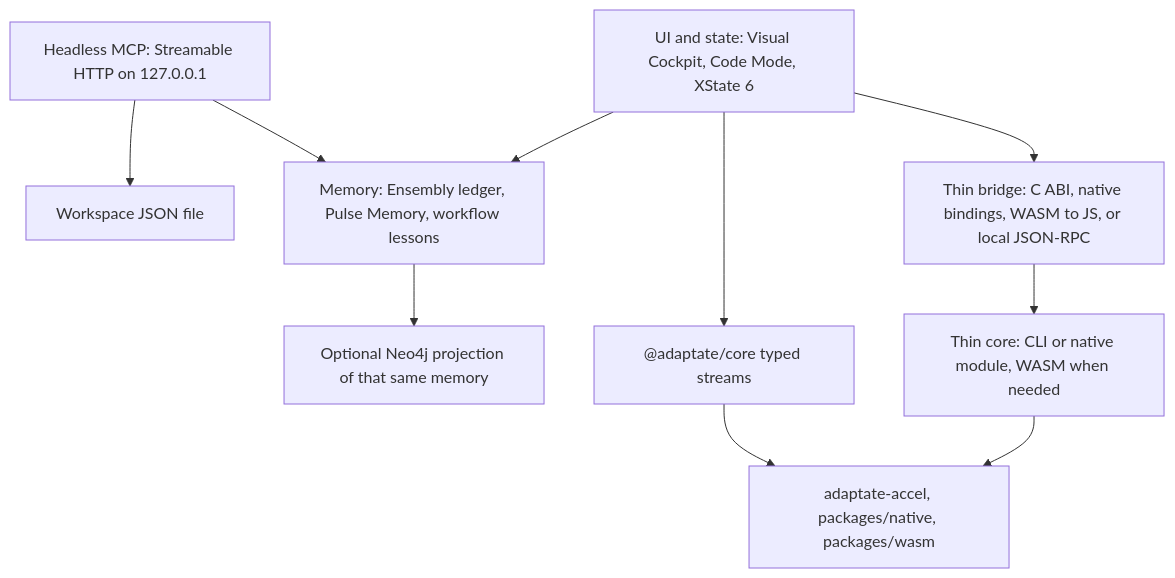
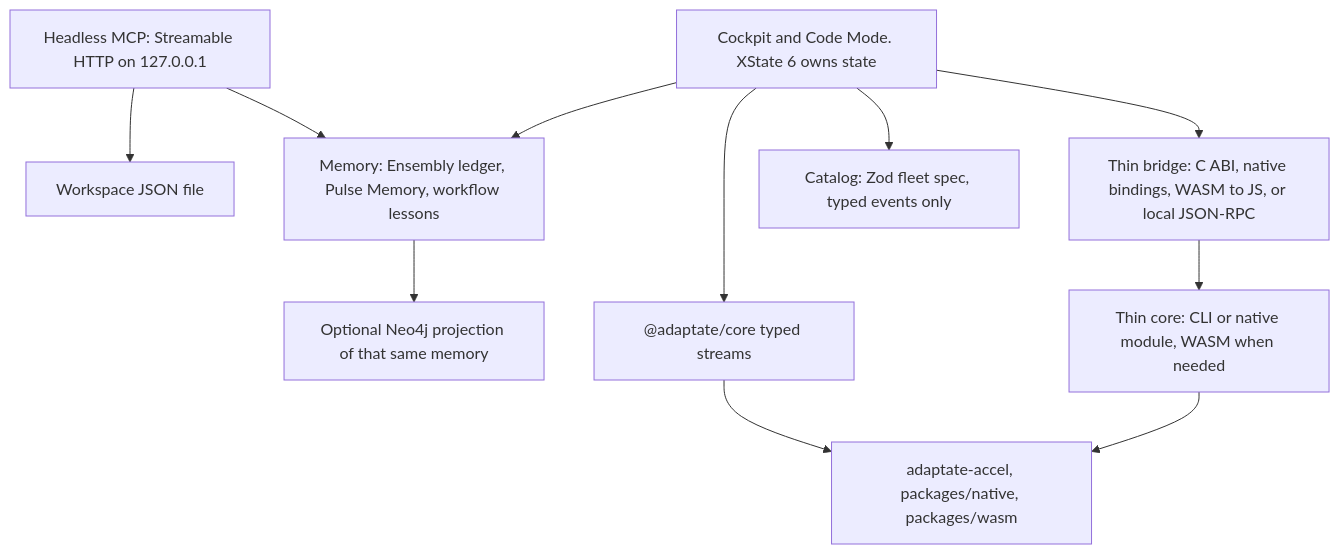
Before and after one commit to p10ns11y/visualizer: the first of 3 diagrams in docs/ARCHITECTURE-LAYERS.md, drawn with Mermaid. The commit also changed other lines of this file and 27 other files, not shown here.

First line of the commit message:
Add a Zod fleet catalog and snapshot/act control plane (#7)

````diff
--- a/docs/ARCHITECTURE-LAYERS.md
+++ b/docs/ARCHITECTURE-LAYERS.md
@@ -7,21 +7,23 @@
 ```mermaid
 flowchart TB
-  ui["UI and state: Visual Cockpit, Code Mode, XState 6"]
+  ui["Cockpit and Code Mode. XState 6 owns state"]
   mcp["Headless MCP: Streamable HTTP on 127.0.0.1"]
   file["Workspace JSON file"]
   memory["Memory: Ensembly ledger, Pulse Memory, workflow lessons"]
   neo4jGraph["Optional Neo4j projection of that same memory"]
   bridge["Thin bridge: C ABI, native bindings, WASM to JS, or local JSON-RPC"]
   core["Thin core: CLI or native module, WASM when needed"]
   accel["adaptate-accel, packages/native, packages/wasm"]
   streams["@adaptate/core typed streams"]
+  catalog["Catalog: Zod fleet spec, typed events only"]
   ui --> memory
+  ui --> catalog
   mcp --> memory
   mcp --> file
   memory --> neo4jGraph
   ui --> bridge
   bridge --> core
   core --> accel
   ui --> streams
   streams --> accel
 ```
````
